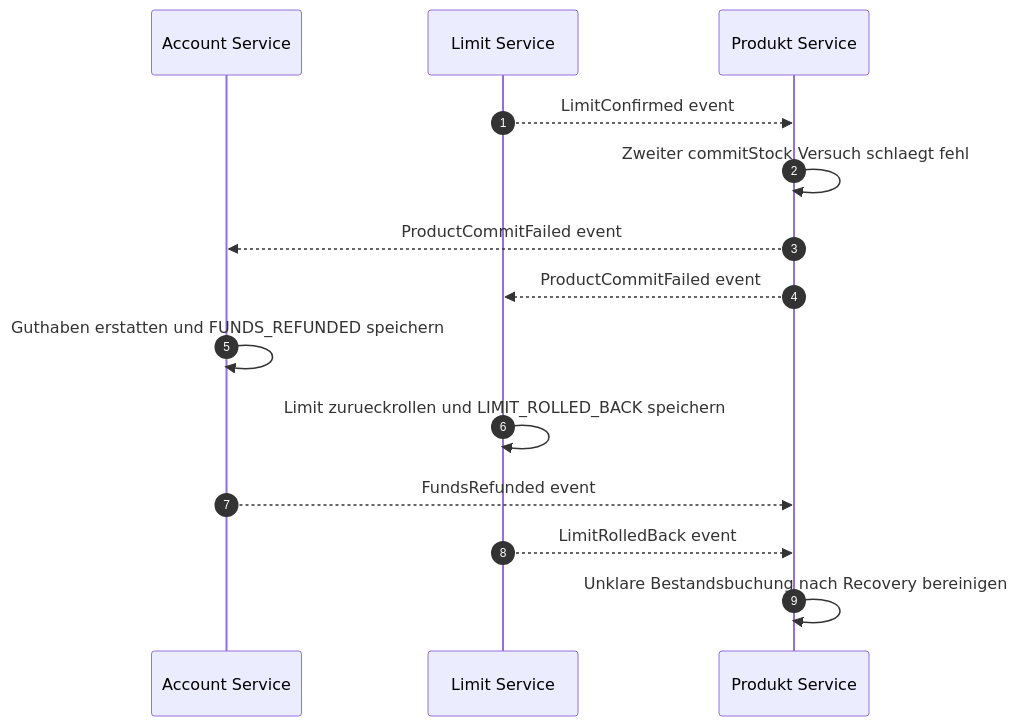
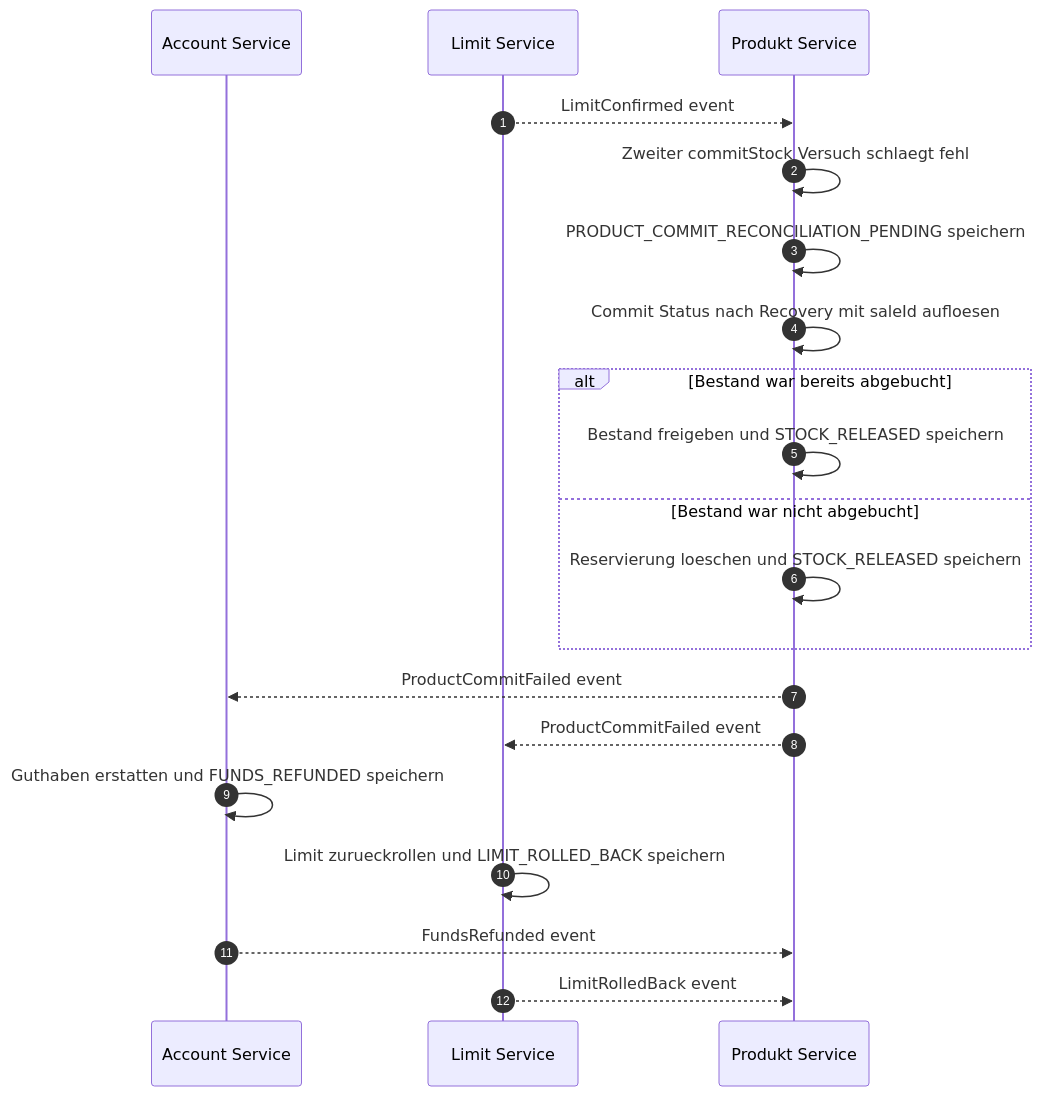
Diagram 28 of 28 in abgabe_projekt_2.md (Adrian-Hansen-dev/second-hand-ticket-app), drawn with Mermaid before and after one commit. The commit also changed other lines of this file, not shown here.

````diff
--- a/abgabe_projekt_2.md
+++ b/abgabe_projekt_2.md
@@ -744,17 +754,23 @@
 ```mermaid
 sequenceDiagram
     autonumber
     participant AS as Account Service
     participant LS as Limit Service
     participant PS as Produkt Service
 
     LS-->>PS: LimitConfirmed event
     PS->>PS: Zweiter commitStock Versuch schlaegt fehl
+    PS->>PS: PRODUCT_COMMIT_RECONCILIATION_PENDING speichern
+    PS->>PS: Commit Status nach Recovery mit saleId aufloesen
+    alt Bestand war bereits abgebucht
+        PS->>PS: Bestand freigeben und STOCK_RELEASED speichern
+    else Bestand war nicht abgebucht
+        PS->>PS: Reservierung loeschen und STOCK_RELEASED speichern
+    end
     PS-->>AS: ProductCommitFailed event
     PS-->>LS: ProductCommitFailed event
     AS->>AS: Guthaben erstatten und FUNDS_REFUNDED speichern
     LS->>LS: Limit zurueckrollen und LIMIT_ROLLED_BACK speichern
     AS-->>PS: FundsRefunded event
     LS-->>PS: LimitRolledBack event
-    PS->>PS: Unklare Bestandsbuchung nach Recovery bereinigen
 ```
````
